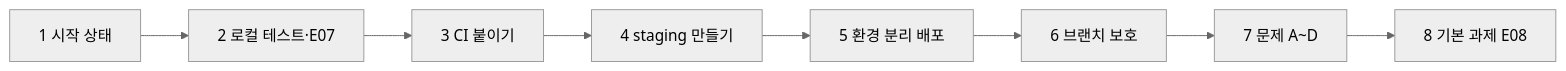
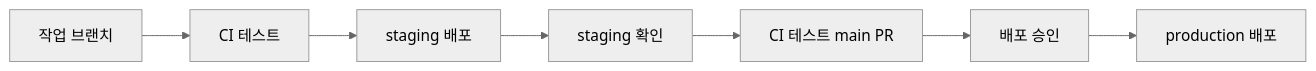
One commit to JEON-DAEJIN/Aiffel_Quest changed the first of 3 diagrams in 강의정리/N049/N049_실습과제_제출보고서.md. Above: the diagram before and after it, drawn with Mermaid (neutral theme). The commit also changed other lines of this file and 7 other files, not shown here.

Commit message:
N049 제출보고서를 노션 정리 양식으로 대체: 새 양식 본문 3종, 기존 상세 보고서는 _부록_상세기록 3종으로 보존, 워크플로우 문서(3-5 양식·상태표) 갱신

````diff
--- a/강의정리/N049/N049_실습과제_제출보고서.md
+++ b/강의정리/N049/N049_실습과제_제출보고서.md
@@ -25,10 +12,9 @@
 ```mermaid
 flowchart LR
-    A["1 시작 상태"] --> B["2 로컬 테스트·E07"]
-    B --> C["3 CI 붙이기"]
-    C --> D["4 staging 만들기"]
-    D --> E["5 환경 분리 배포"]
-    E --> F["6 브랜치 보호"]
-    F --> G["7 문제 A~D"]
-    G --> H["8 기본 과제 E08"]
+    A[작업 브랜치] --> B[CI 테스트]
+    B --> C[staging 배포]
+    C --> D[staging 확인]
+    D --> E[CI 테스트 main PR]
+    E --> F[배포 승인]
+    F --> G[production 배포]
 ```
````
